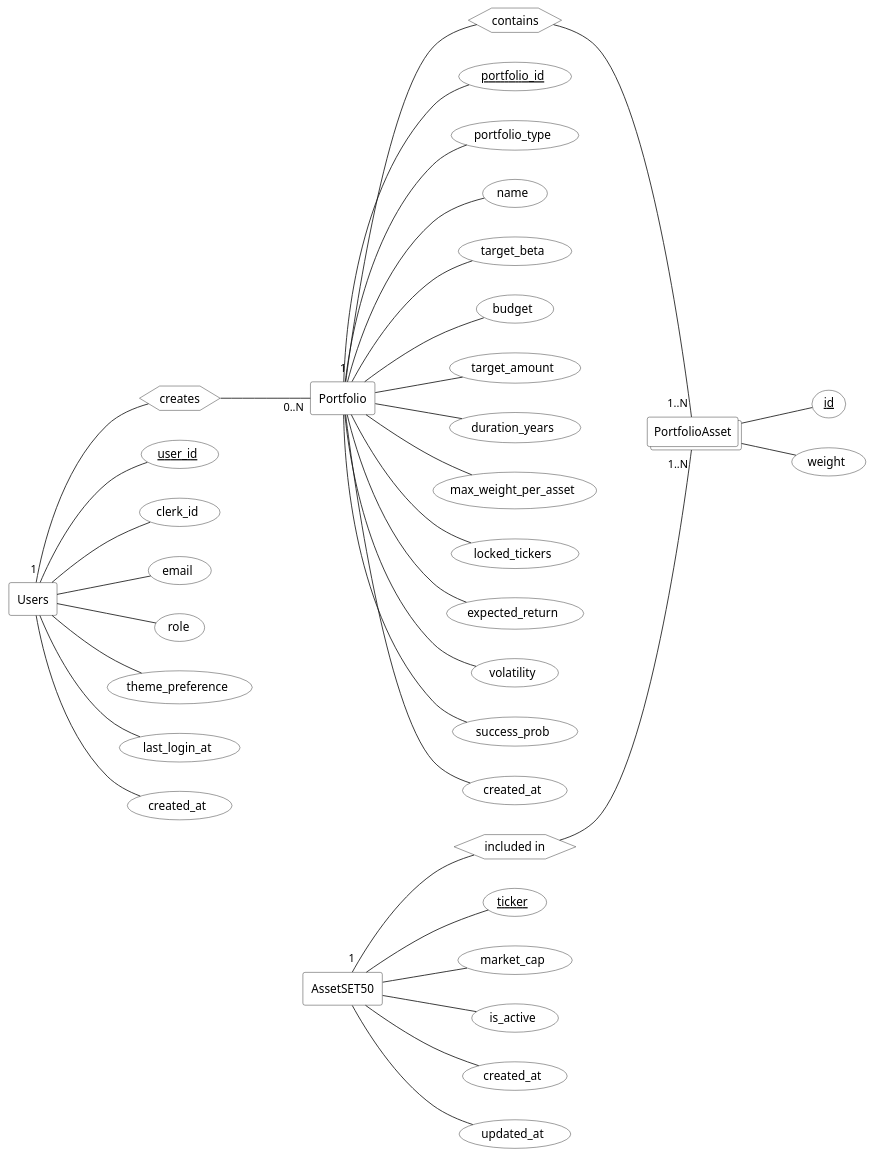
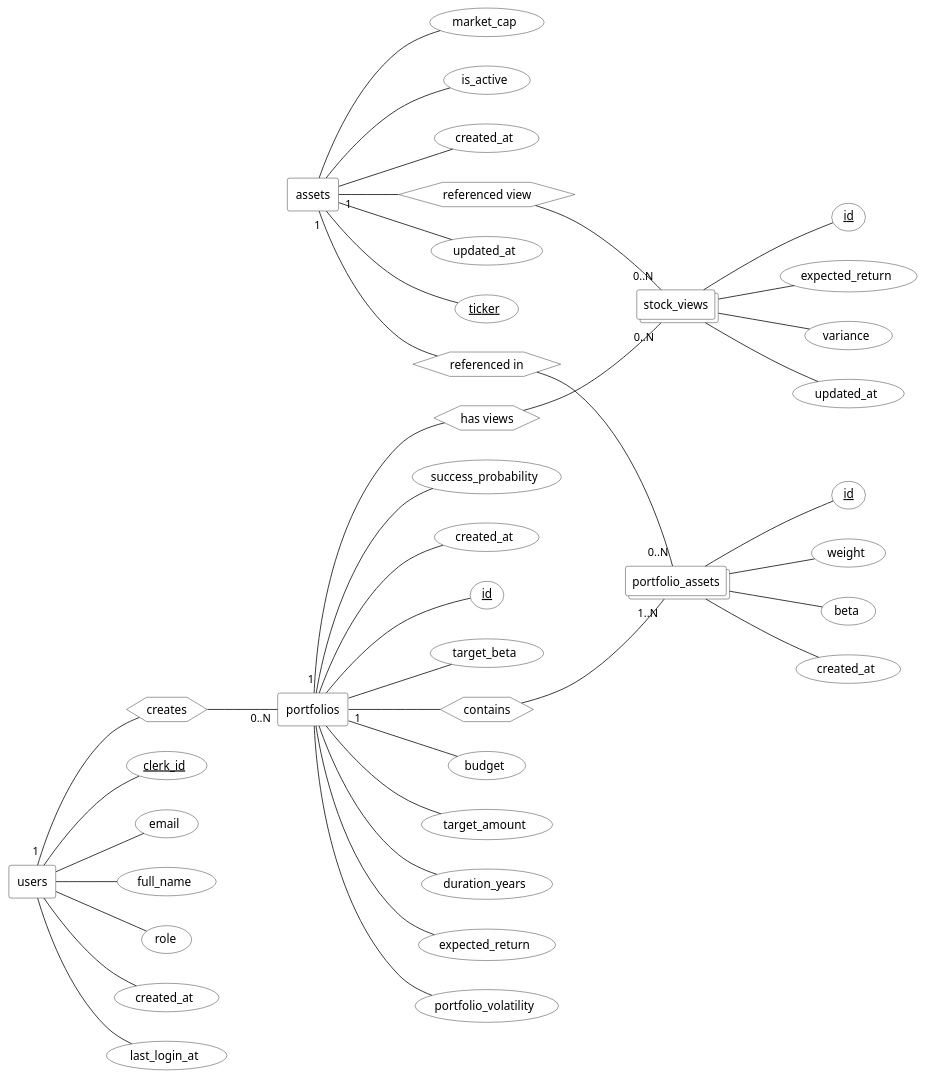
Before and after one commit to Anatta-at/my-portfolio-app: the diagram in docs/diagrams/plantuml_source/plantuml_er_diagram_chen.md, drawn with PlantUML. The commit also changed other lines of this file and 8 other files, not shown here.

Commit message:
docs: Update Class Diagram and ER Diagrams (Crow's Foot, Chen's Notation) to match latest Data Dictionary

````diff
--- a/docs/diagrams/plantuml_source/plantuml_er_diagram_chen.md
+++ b/docs/diagrams/plantuml_source/plantuml_er_diagram_chen.md
@@ -36,106 +36,124 @@
 ' ==========================================
 ' ENTITIES
 ' ==========================================
-rectangle "Users" as Users
-rectangle "Portfolio" as Portfolio
-rectangle "AssetSET50" as AssetSET50
-collections "PortfolioAsset" as PortfolioAsset
+rectangle "users" as Users
+rectangle "portfolios" as Portfolio
+rectangle "assets" as Assets
+collections "portfolio_assets" as PortfolioAsset
+collections "stock_views" as StockViews
 
 ' ==========================================
-' RELATIONSHIPS (Use 'usecase' for compatibility)
+' RELATIONSHIPS
 ' ==========================================
 hexagon "creates" as creates
 hexagon "contains" as contains
-hexagon "included in" as included_in
+hexagon "has views" as has_views
+hexagon "referenced in" as ref_asset
+hexagon "referenced view" as ref_view
 
 ' ==========================================
-' ATTRIBUTES: Users
+' ATTRIBUTES: users
 ' ==========================================
-usecase "<u>user_id</u>" as user_id
-usecase "clerk_id" as clerk_id
-usecase "email" as email
-usecase "role" as role
-usecase "theme_preference" as theme_preference
-usecase "last_login_at" as last_login_at
-usecase "created_at" as created_at
+usecase "<u>clerk_id</u>" as u_clerk_id
+usecase "email" as u_email
+usecase "full_name" as u_full_name
+usecase "role" as u_role
+usecase "created_at" as u_created_at
+usecase "last_login_at" as u_last_login_at
 
-Users -- user_id
-Users -- clerk_id
-Users -- email
-Users -- role
-Users -- theme_preference
-Users -- last_login_at
-Users -- created_at
+Users -- u_clerk_id
+Users -- u_email
+Users -- u_full_name
+Users -- u_role
+Users -- u_created_at
+Users -- u_last_login_at
 
 ' ==========================================
-' ATTRIBUTES: Portfolio
+' ATTRIBUTES: portfolios
 ' ==========================================
-usecase "<u>portfolio_id</u>" as portfolio_id
-usecase "portfolio_type" as portfolio_type
-usecase "name" as name
-usecase "target_beta" as target_beta
-usecase "budget" as budget
-usecase "target_amount" as target_amount
-usecase "duration_years" as duration_years
-usecase "max_weight_per_asset" as max_weight
-usecase "locked_tickers" as locked_tickers
-usecase "expected_return" as expected_return
-usecase "volatility" as volatility
-usecase "success_prob" as success_prob
+usecase "<u>id</u>" as p_id
+usecase "target_beta" as p_target_beta
+usecase "budget" as p_budget
+usecase "target_amount" as p_target_amount
+usecase "duration_years" as p_duration_years
+usecase "expected_return" as p_expected_return
+usecase "portfolio_volatility" as p_volatility
+usecase "success_probability" as p_success_prob
 usecase "created_at" as p_created_at
 
-Portfolio -- portfolio_id
-Portfolio -- portfolio_type
-Portfolio -- name
-Portfolio -- target_beta
-Portfolio -- budget
-Portfolio -- target_amount
-Portfolio -- duration_years
-Portfolio -- max_weight
-Portfolio -- locked_tickers
-Portfolio -- expected_return
-Portfolio -- volatility
-Portfolio -- success_prob
+Portfolio -- p_id
+Portfolio -- p_target_beta
+Portfolio -- p_budget
+Portfolio -- p_target_amount
+Portfolio -- p_duration_years
+Portfolio -- p_expected_return
+Portfolio -- p_volatility
+Portfolio -- p_success_prob
 Portfolio -- p_created_at
 
 ' ==========================================
-' ATTRIBUTES: AssetSET50
+' ATTRIBUTES: assets
 ' ==========================================
-usecase "<u>ticker</u>" as ticker
-usecase "market_cap" as market_cap
-usecase "is_active" as is_active
+usecase "<u>ticker</u>" as a_ticker
+usecase "market_cap" as a_market_cap
+usecase "is_active" as a_is_active
 usecase "created_at" as a_created_at
 usecase "updated_at" as a_updated_at
 
-AssetSET50 -- ticker
-AssetSET50 -- market_cap
-AssetSET50 -- is_active
-AssetSET50 -- a_created_at
-AssetSET50 -- a_updated_at
+Assets -- a_ticker
+Assets -- a_market_cap
+Assets -- a_is_active
+Assets -- a_created_at
+Assets -- a_updated_at
 
 ' ==========================================
-' ATTRIBUTES: PortfolioAsset (Junction Entity)
+' ATTRIBUTES: portfolio_assets
 ' ==========================================
 usecase "<u>id</u>" as pa_id
-usecase "weight" as weight
+usecase "weight" as pa_weight
+usecase "beta" as pa_beta
+usecase "created_at" as pa_created_at
 
 PortfolioAsset -- pa_id
-PortfolioAsset -- weight
+PortfolioAsset -- pa_weight
+PortfolioAsset -- pa_beta
+PortfolioAsset -- pa_created_at
 
 ' ==========================================
-' CONNECTIONS & CARDINALITY (Match with Crow's Foot)
+' ATTRIBUTES: stock_views
 ' ==========================================
-' Users ||--o{ Portfolio (1 to 0..N)
+usecase "<u>id</u>" as sv_id
+usecase "expected_return" as sv_exp_return
+usecase "variance" as sv_variance
+usecase "updated_at" as sv_updated_at
+
+StockViews -- sv_id
+StockViews -- sv_exp_return
+StockViews -- sv_variance
+StockViews -- sv_updated_at
+
+' ==========================================
+' CONNECTIONS & CARDINALITY
+' ==========================================
+' Users -- Portfolio (1 to 0..N)
 Users "1" -- creates
 creates -- "0..N" Portfolio
 
-' Portfolio ||--|{ PortfolioAsset (1 to 1..N)
+' Portfolio -- PortfolioAsset (1 to 1..N)
 Portfolio "1" -- contains
 contains -- "1..N" PortfolioAsset
 
-' AssetSET50 ||--|{ PortfolioAsset (1 to 1..N)
-AssetSET50 "1" -- included_in
-included_in -- "1..N" PortfolioAsset
+' Portfolio -- StockViews (1 to 0..N)
+Portfolio "1" -- has_views
+has_views -- "0..N" StockViews
+
+' Assets -- PortfolioAsset (1 to 0..N)
+Assets "1" -- ref_asset
+ref_asset -- "0..N" PortfolioAsset
+
+' Assets -- StockViews (1 to 0..N)
+Assets "1" -- ref_view
+ref_view -- "0..N" StockViews
 
 @enduml
 ```
````
